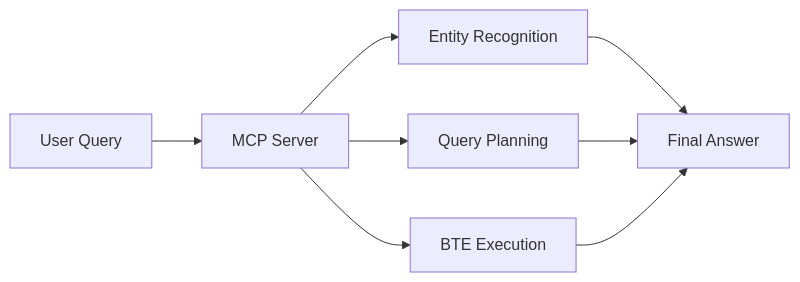
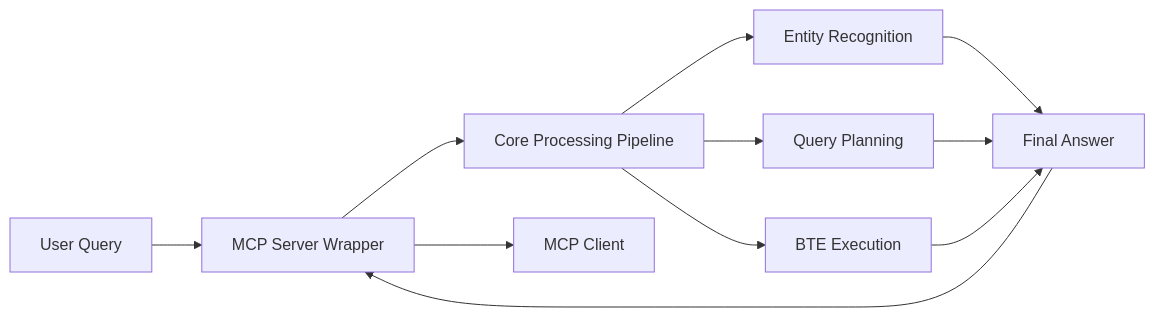
One commit to mastorga589/agentic-bte changed the first of 2 diagrams in README.md. Above: the diagram before and after it, drawn with Mermaid. The commit also changed other lines of this file, not shown here.

Commit message:
docs: Clarify MCP Server as wrapper around core processing pipeline
Updated MCP Server architecture section to emphasize:
- MCP Server is a lightweight wrapper, not a separate implementation
- Exposes core processing pipeline (entity recognition, query planning, BTE execution)
- Provides standardized interface for AI assistants (Claude, ChatGPT, etc.)
- Uses same capabilities as LangGraph agents (unified codebase)
- Enhanced diagram showing wrapper relationship

Maintains consistency with LangGraph description and accurately reflects the architecture

````diff
--- a/README.md
+++ b/README.md
@@ -174,10 +174,13 @@
 ```mermaid
 graph LR
-    A[User Query] --> B[MCP Server]
-    B --> C[Entity Recognition]
-    B --> D[Query Planning]
-    B --> E[BTE Execution]
-    C --> F[Final Answer]
-    D --> F
-    E --> F
+    A[User Query] --> B[MCP Server Wrapper]
+    B --> C[Core Processing Pipeline]
+    C --> D[Entity Recognition]
+    C --> E[Query Planning]
+    C --> F[BTE Execution]
+    D --> G[Final Answer]
+    E --> G
+    F --> G
+    G --> B
+    B --> H[MCP Client]
 ```
````
